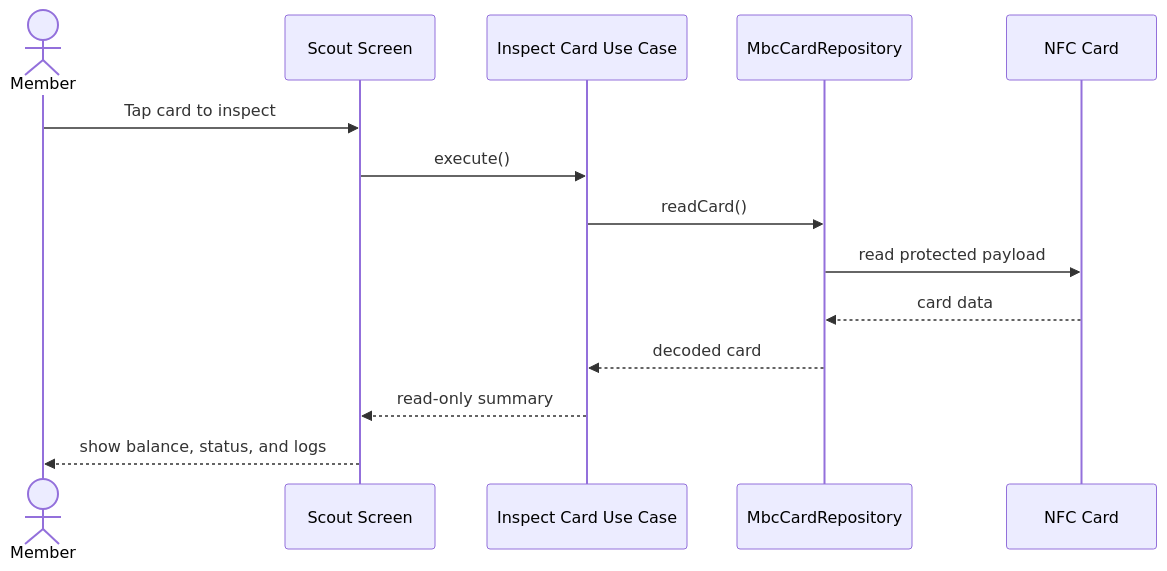
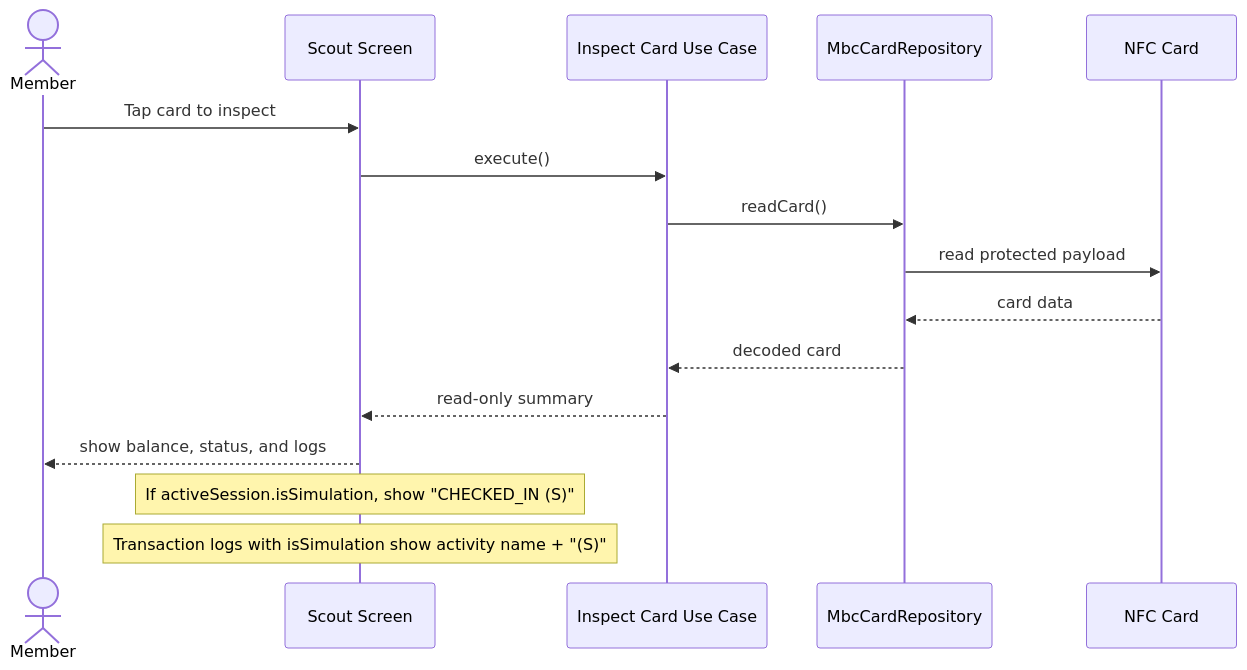
Before and after one commit to Schitzos/mbc-nfc: the seventh of 9 diagrams in .codex/specs/UML_SYSTEM_DIAGRAMS.md, drawn with Mermaid. The commit also changed other lines of this file and 15 other files, not shown here.

First line of the commit message:
docs: update specs and UML for simulation mode

````diff
--- a/.codex/specs/UML_SYSTEM_DIAGRAMS.md
+++ b/.codex/specs/UML_SYSTEM_DIAGRAMS.md
@@ -170,17 +191,19 @@
 ```mermaid
 sequenceDiagram
   actor Member as Member
   participant UI as Scout Screen
   participant Inspect as Inspect Card Use Case
   participant CardRepo as MbcCardRepository
   participant Card as NFC Card
 
   Member->>UI: Tap card to inspect
   UI->>Inspect: execute()
   Inspect->>CardRepo: readCard()
   CardRepo->>Card: read protected payload
   Card-->>CardRepo: card data
   CardRepo-->>Inspect: decoded card
   Inspect-->>UI: read-only summary
   UI-->>Member: show balance, status, and logs
+  Note over UI: If activeSession.isSimulation, show "CHECKED_IN (S)"
+  Note over UI: Transaction logs with isSimulation show activity name + "(S)"
 ```
````
